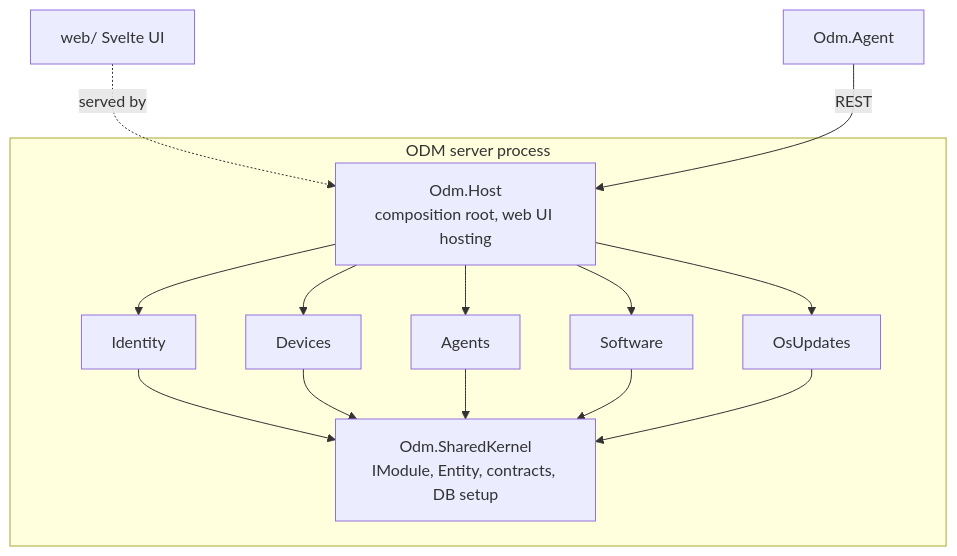
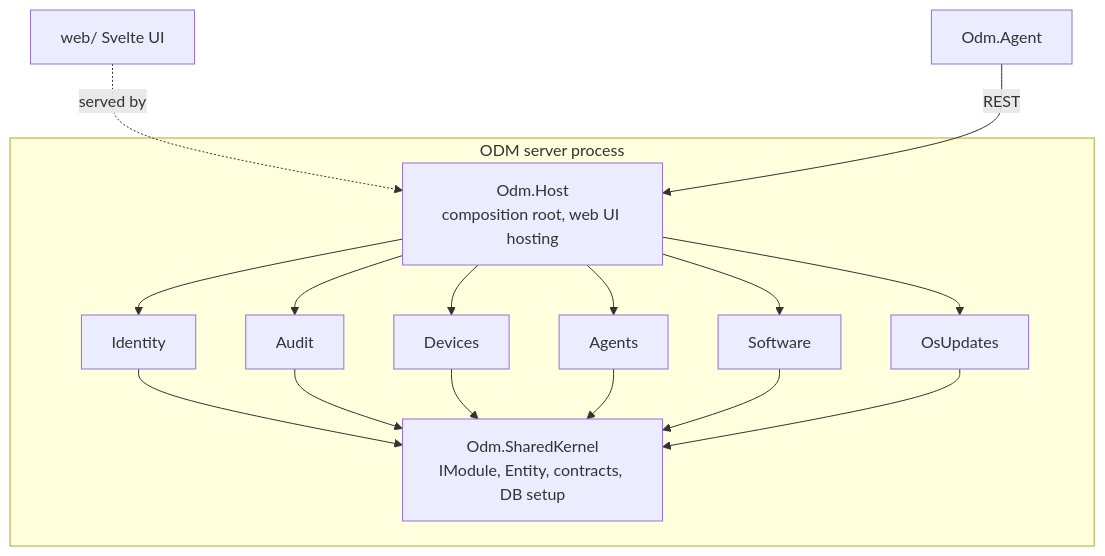
Before and after one commit to tschlaeppi/odm: the second of 6 diagrams in docs/architecture/arc42.md, drawn with Mermaid. The commit also changed other lines of this file and 32 other files, not shown here.

````diff
--- a/docs/architecture/arc42.md
+++ b/docs/architecture/arc42.md
@@ -95,16 +95,16 @@
 ```mermaid
 flowchart TB
     subgraph Server[ODM server process]
         Host[Odm.Host<br/>composition root, web UI hosting]
         Identity
         Devices
         Agents
         Software
         OsUpdates
         Kernel[Odm.SharedKernel<br/>IModule, Entity, contracts, DB setup]
-        Host --> Identity & Devices & Agents & Software & OsUpdates
-        Identity & Devices & Agents & Software & OsUpdates --> Kernel
+        Host --> Identity & Audit & Devices & Agents & Software & OsUpdates
+        Identity & Audit & Devices & Agents & Software & OsUpdates --> Kernel
     end
     Web[web/ Svelte UI] -.served by.-> Host
     AgentProc[Odm.Agent] -->|REST| Host
 ```
````
